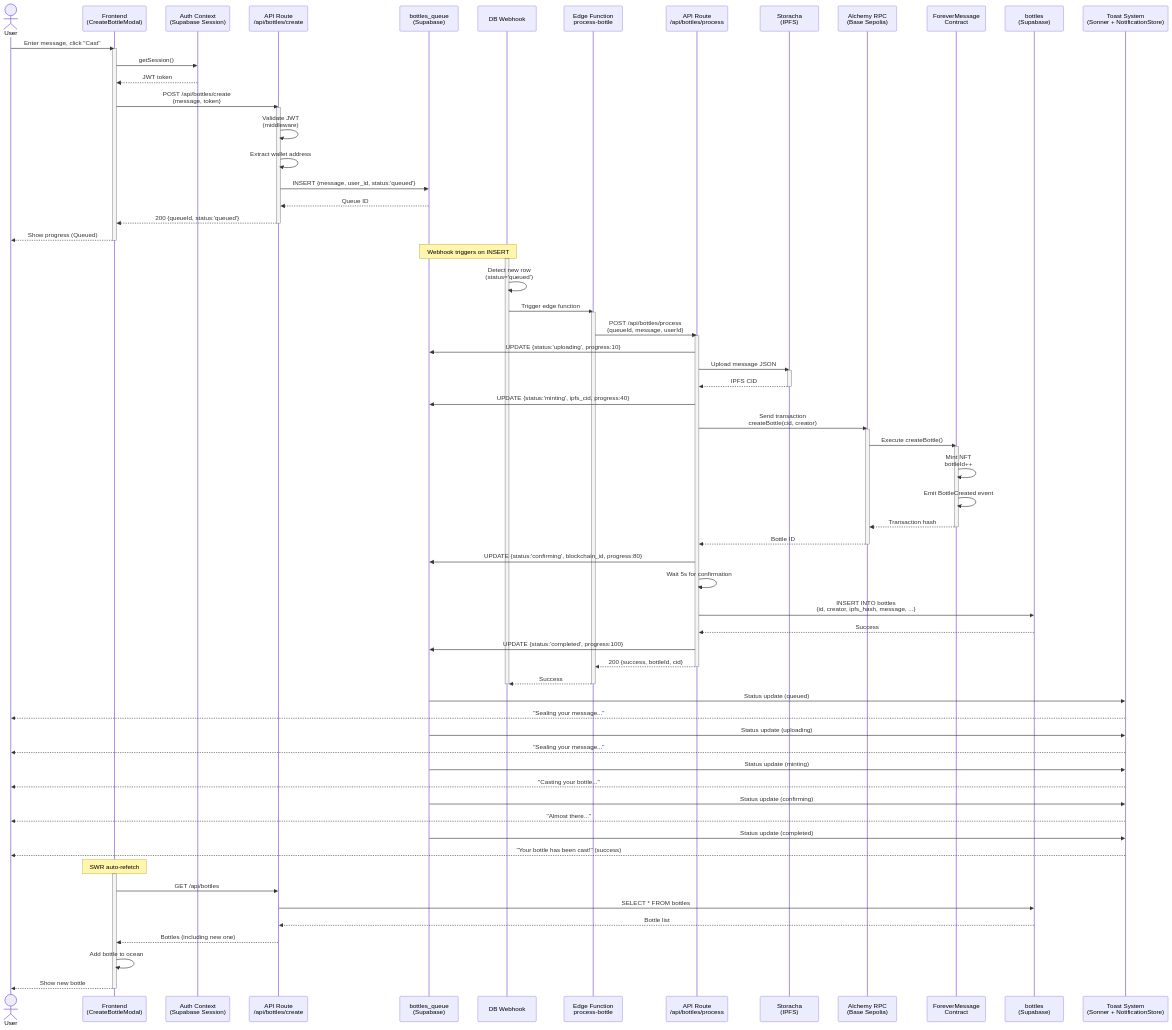
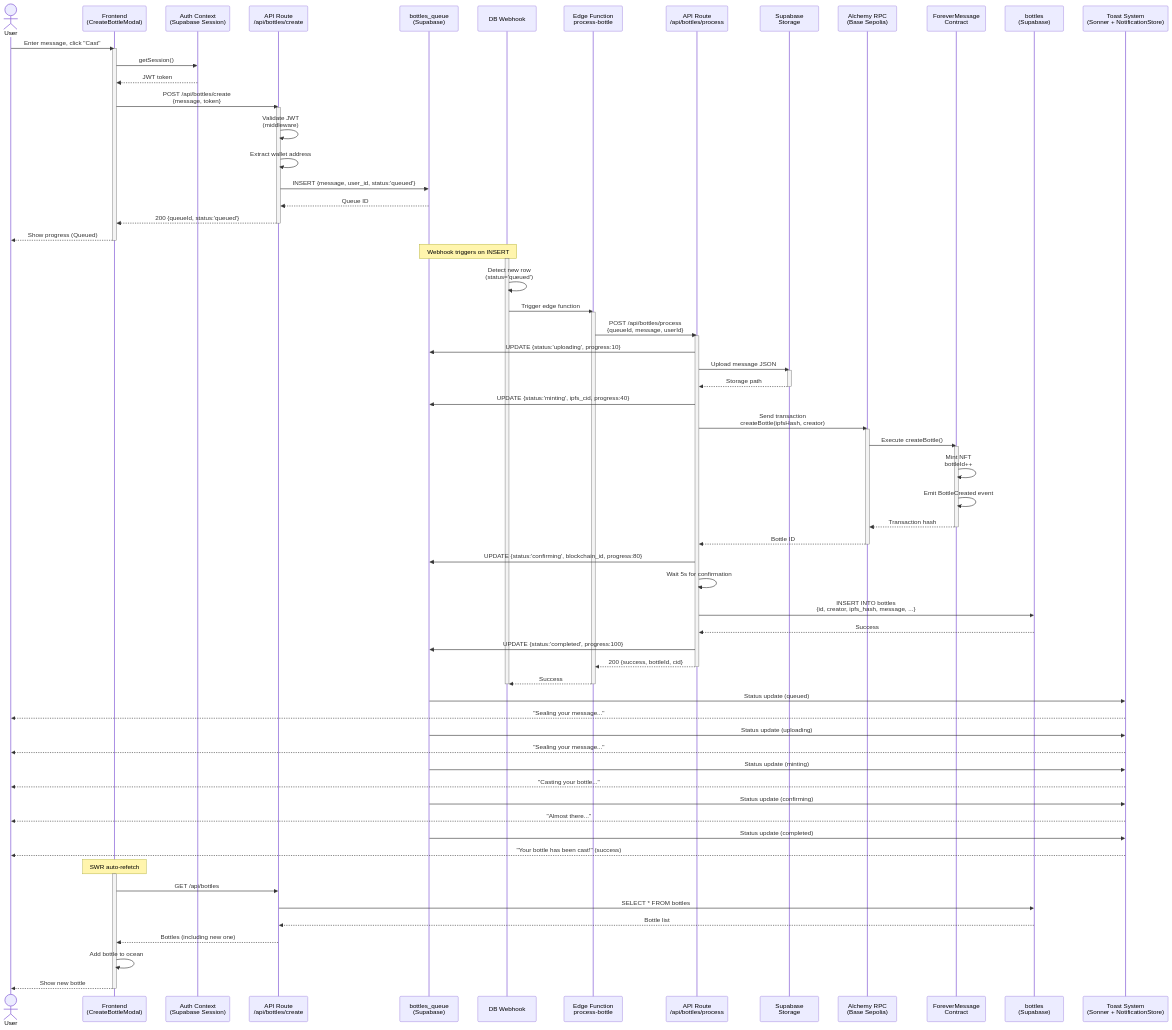
The first of 6 diagrams in architecture/data-flow.md (loscolmebrothers/forever-message-docs), drawn with Mermaid before and after one commit. The commit also changed other lines of this file and 4 other files, not shown here.

Commit message:
docs: replace all IPFS/Filebase references with Supabase Storage

```diff
--- a/architecture/data-flow.md
+++ b/architecture/data-flow.md
@@ -25,7 +25,7 @@
     participant Webhook as DB Webhook
     participant Edge as Edge Function<br/>process-bottle
     participant Process as API Route<br/>/api/bottles/process
-    participant IPFS as Storacha<br/>(IPFS)
+    participant Storage as Supabase<br/>Storage
     participant RPC as Alchemy RPC<br/>(Base Sepolia)
     participant Contract as ForeverMessage<br/>Contract
     participant DB as bottles<br/>(Supabase)
@@ -62,14 +62,14 @@
 
     Process->>Queue: UPDATE {status:'uploading', progress:10}
 
-    Process->>IPFS: Upload message JSON
-    activate IPFS
-    IPFS-->>Process: IPFS CID
-    deactivate IPFS
+    Process->>Storage: Upload message JSON
+    activate Storage
+    Storage-->>Process: Storage path
+    deactivate Storage
 
     Process->>Queue: UPDATE {status:'minting', ipfs_cid, progress:40}
 
-    Process->>RPC: Send transaction<br/>createBottle(cid, creator)
+    Process->>RPC: Send transaction<br/>createBottle(ipfsHash, creator)
     activate RPC
     RPC->>Contract: Execute createBottle()
     activate Contract
```
